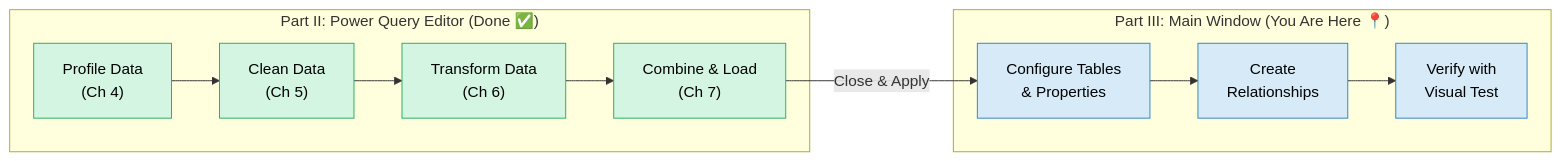
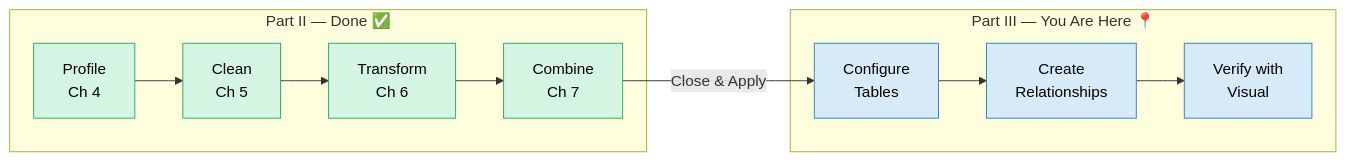
Before and after one commit to c-marq/sabor-miami-bi-course: the first of 4 diagrams in textbook/part3-data-modeling/chapter-08-data-modeling-fundamentals.md, drawn with Mermaid. The commit also changed other lines of this file, not shown here.

````diff
--- a/textbook/part3-data-modeling/chapter-08-data-modeling-fundamentals.md
+++ b/textbook/part3-data-modeling/chapter-08-data-modeling-fundamentals.md
@@ -75,23 +75,23 @@
 ```mermaid
 graph LR
-    subgraph "Part II: Power Query Editor (Done ✅)"
-        Profile["Profile Data<br/>(Ch 4)"] --> Clean["Clean Data<br/>(Ch 5)"]
-        Clean --> Transform["Transform Data<br/>(Ch 6)"]
-        Transform --> Combine["Combine & Load<br/>(Ch 7)"]
+    subgraph PQ ["Part II — Done ✅"]
+        Profile["Profile<br/>Ch 4"] --> Clean["Clean<br/>Ch 5"]
+        Clean --> Transform["Transform<br/>Ch 6"]
+        Transform --> Combine["Combine<br/>Ch 7"]
     end
 
     Combine -- "Close & Apply" --> Model
 
-    subgraph "Part III: Main Window (You Are Here 📍)"
-        Model["Configure Tables<br/>& Properties"] --> Relate["Create<br/>Relationships"]
-        Relate --> Verify["Verify with<br/>Visual Test"]
+    subgraph MV ["Part III — You Are Here 📍"]
+        Model["Configure<br/>Tables"] --> Relate["Create<br/>Relationships"]
+        Relate --> Verify["Verify with<br/>Visual"]
     end
 
     style Profile fill:#D5F5E3,stroke:#27AE60,color:#000
     style Clean fill:#D5F5E3,stroke:#27AE60,color:#000
     style Transform fill:#D5F5E3,stroke:#27AE60,color:#000
     style Combine fill:#D5F5E3,stroke:#27AE60,color:#000
     style Model fill:#D6EAF8,stroke:#2E86C1,color:#000
     style Relate fill:#D6EAF8,stroke:#2E86C1,color:#000
     style Verify fill:#D6EAF8,stroke:#2E86C1,color:#000
 ```
````
